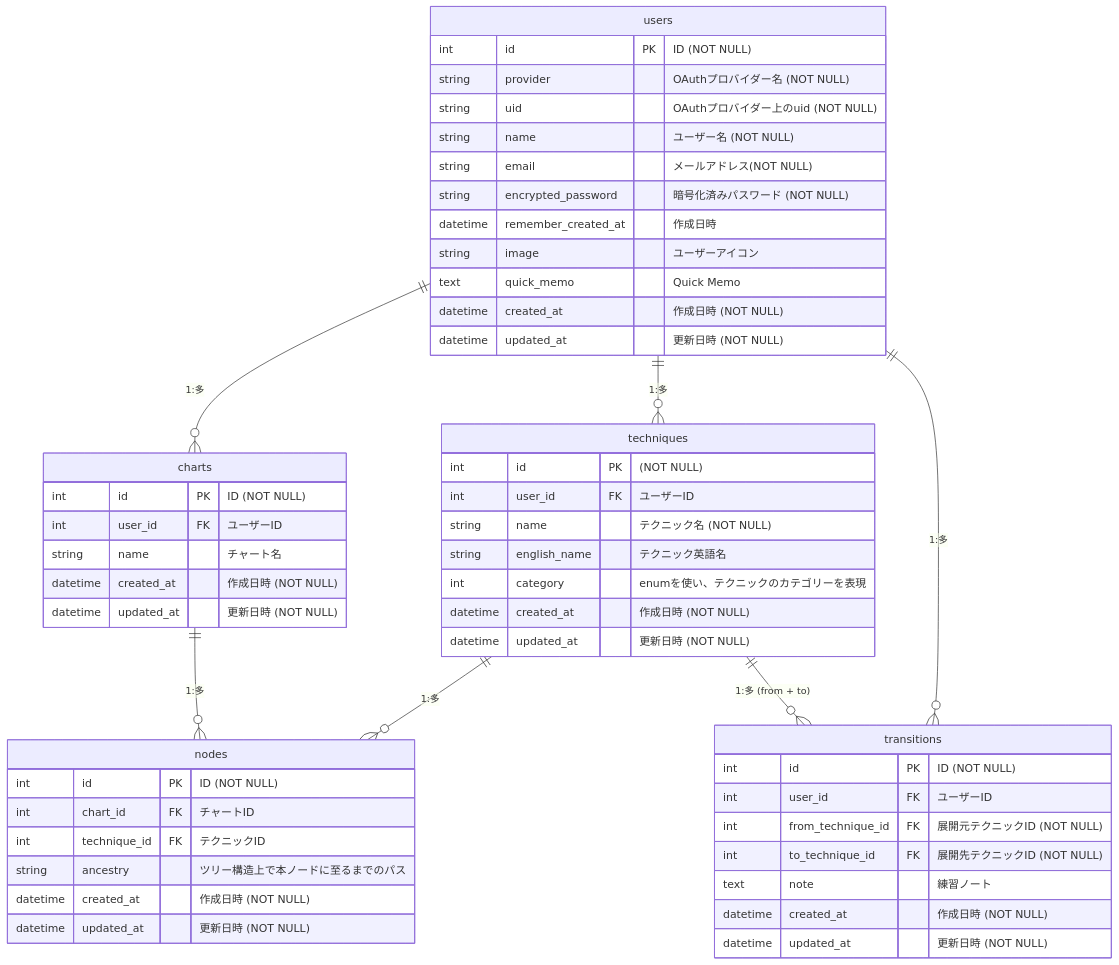
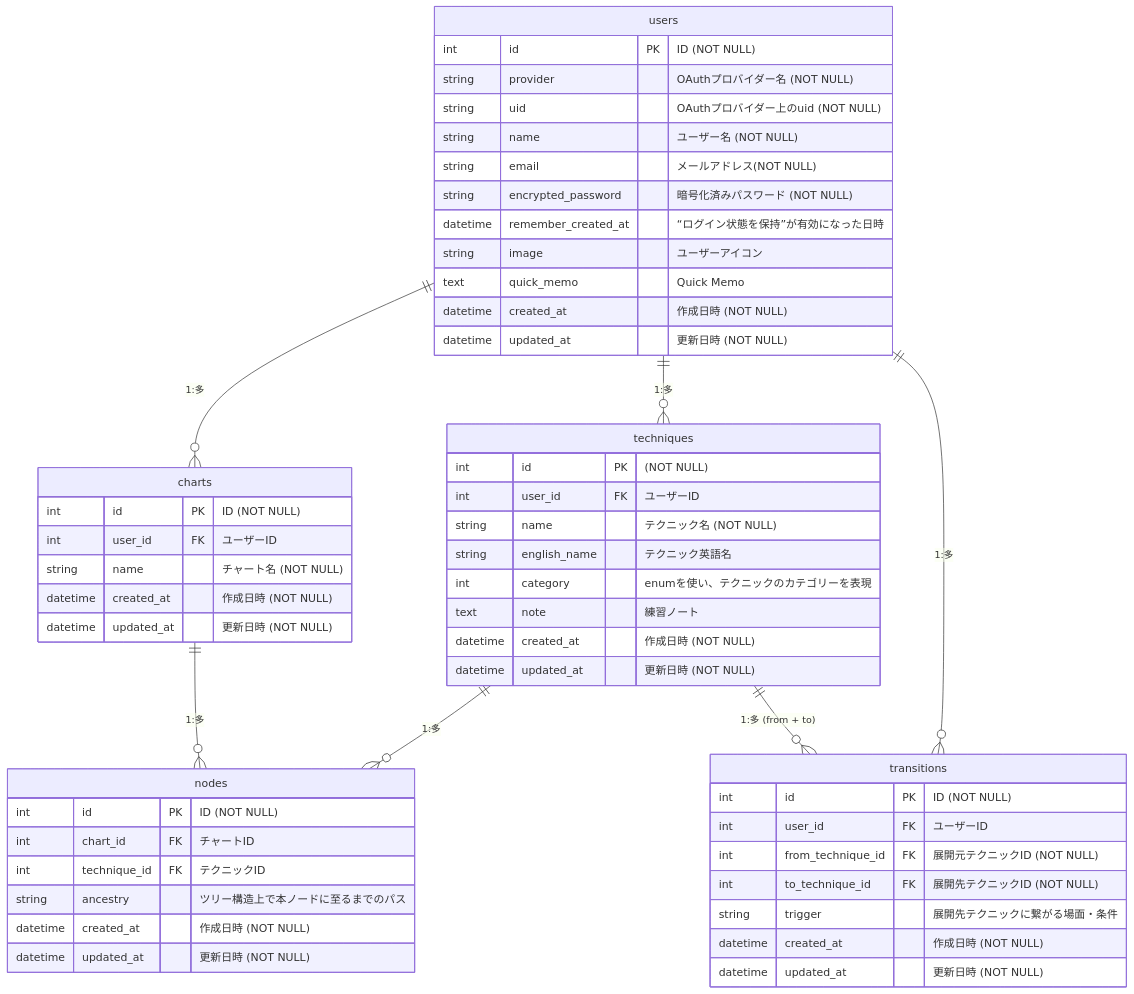
One commit to m-deura/bjj_flow_tracker changed the diagram in README.md. Above: the diagram before and after it, drawn with Mermaid. The commit also changed 5 other files, not shown here.

````diff
--- a/README.md
+++ b/README.md
@@ -95,62 +95,63 @@
 ```mermaid
 erDiagram
   users {
     int id PK "ID (NOT NULL)"
     string provider "OAuthプロバイダー名 (NOT NULL)"
     string uid "OAuthプロバイダー上のuid (NOT NULL)"
     string name "ユーザー名 (NOT NULL)"
     string email "メールアドレス(NOT NULL)"
     string encrypted_password "暗号化済みパスワード (NOT NULL)"
-    datetime remember_created_at "作成日時"
+    datetime remember_created_at "“ログイン状態を保持”が有効になった日時"
     string image "ユーザーアイコン"
     text quick_memo "Quick Memo"
     datetime created_at "作成日時 (NOT NULL)"
     datetime updated_at "更新日時 (NOT NULL)"
   }
 
   techniques {
     int id PK "(NOT NULL)"
     int user_id FK "ユーザーID"
     string name "テクニック名 (NOT NULL)"
     string english_name "テクニック英語名"
     int category "enumを使い、テクニックのカテゴリーを表現"
+    text note "練習ノート"
     datetime created_at "作成日時 (NOT NULL)"
     datetime updated_at "更新日時 (NOT NULL)"
   }
 
   transitions {
     int id PK "ID (NOT NULL)"
     int user_id FK "ユーザーID"
     int from_technique_id FK "展開元テクニックID (NOT NULL)"
     int to_technique_id FK "展開先テクニックID (NOT NULL)"
-    text note "練習ノート"
+    string trigger "展開先テクニックに繋がる場面・条件"
     datetime created_at "作成日時 (NOT NULL)"
     datetime updated_at "更新日時 (NOT NULL)"
   }
 
   charts {
     int id PK "ID (NOT NULL)"
     int user_id FK "ユーザーID"
-    string name "チャート名"
+    string name "チャート名 (NOT NULL)"
     datetime created_at "作成日時 (NOT NULL)"
     datetime updated_at "更新日時 (NOT NULL)"
   }
 
   nodes {
     int id PK "ID (NOT NULL)"
     int chart_id FK "チャートID"
     int technique_id FK "テクニックID"
     string ancestry "ツリー構造上で本ノードに至るまでのパス"
     datetime created_at "作成日時 (NOT NULL)"
     datetime updated_at "更新日時 (NOT NULL)"
   }
 
   users ||--o{ techniques : "1:多"
   users ||--o{ charts : "1:多"
   users ||--o{ transitions : "1:多"
 
   techniques ||--o{ nodes : "1:多"
   techniques ||--o{ transitions : "1:多 (from + to)"
 
   charts ||--o{ nodes : "1:多"
 ```
````
